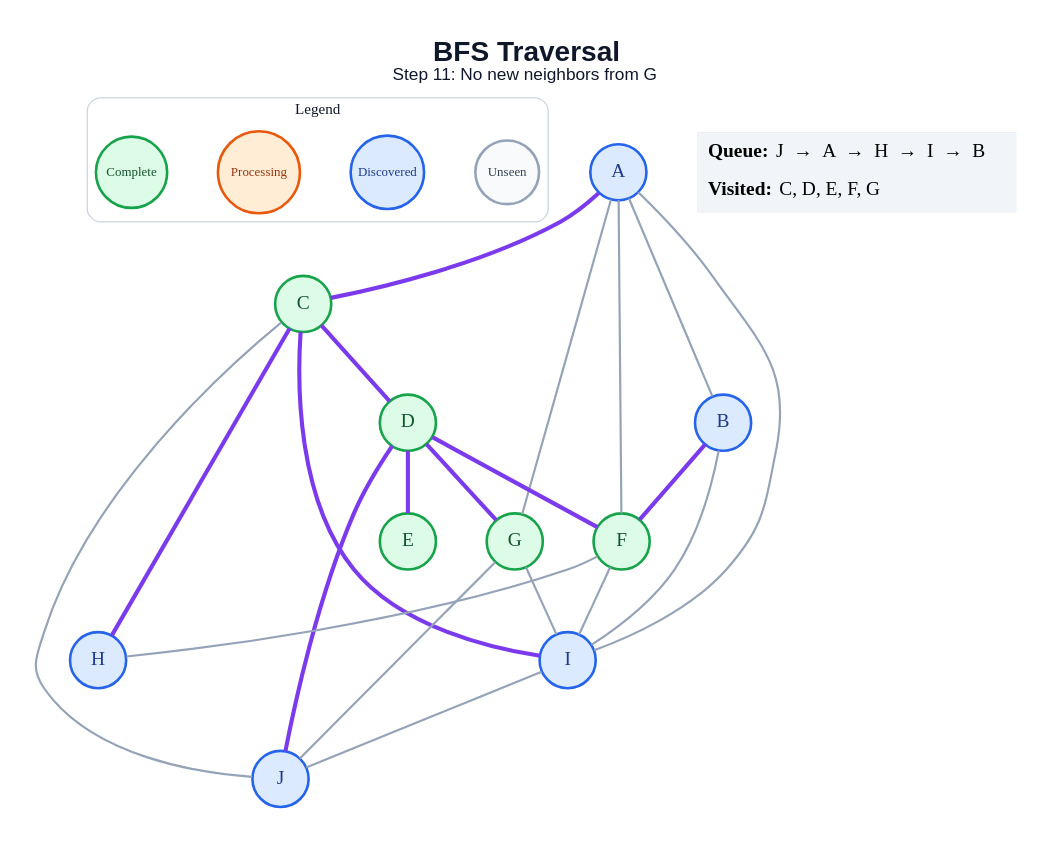
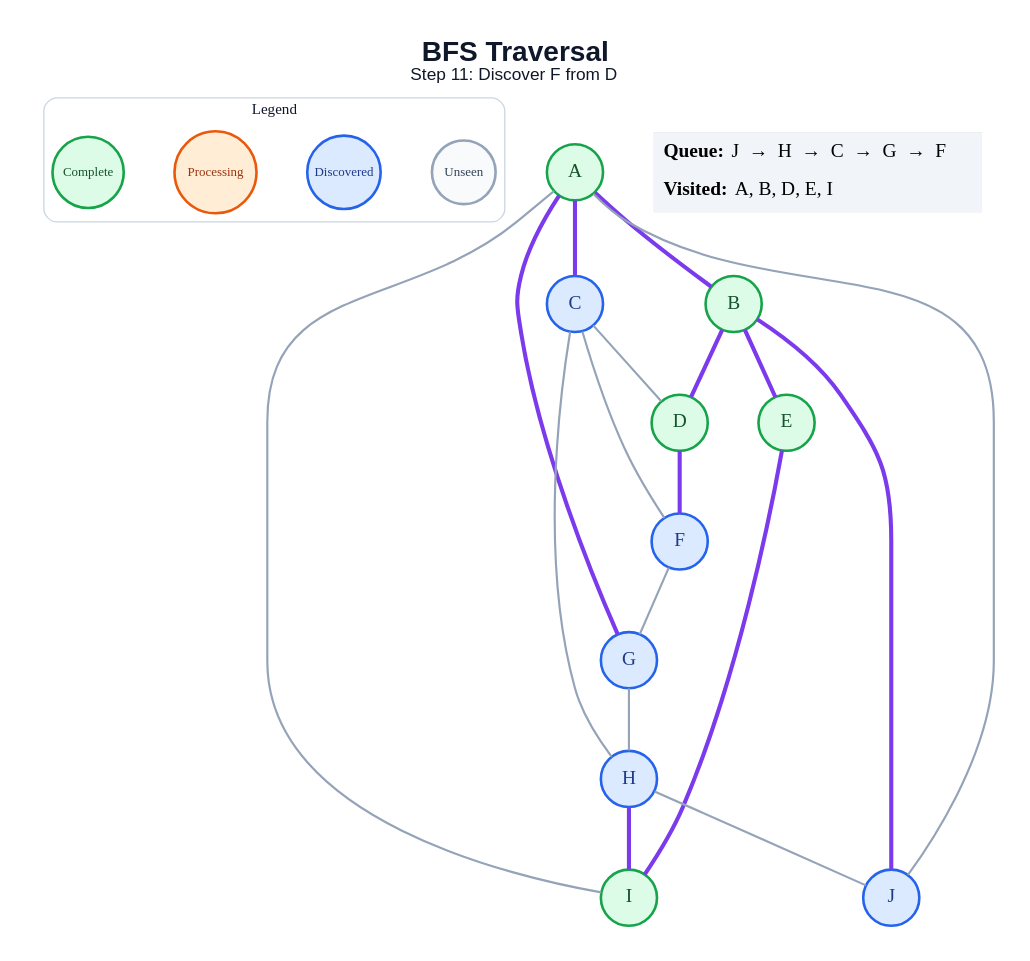
Before and after one commit to amanghodawala9/ai-slop: the diagram in generated/specific-node/bfs/step_11.dot, drawn with Graphviz. The commit also changed 178 other files, not shown here.

```diff
--- a/generated/specific-node/bfs/step_11.dot
+++ b/generated/specific-node/bfs/step_11.dot
@@ -1,49 +1,46 @@
 graph traversal {
   graph [layout=dot, rankdir=TB, bgcolor="#FFFFFF", pad="0.35", nodesep="0.65", ranksep="0.8", fontname="Arial"];
   node [shape=circle, style="filled", fontname="Arial Bold", fontsize=18, width=0.72, fixedsize=true, penwidth=2.4];
   edge [color="#94A3B8", penwidth=2.0];
-  label=<<B>BFS Traversal</B><BR/><FONT POINT-SIZE="16">Step 11: No new neighbors from G</FONT>>; labelloc="t"; fontsize=26; fontname="Arial"; fontcolor="#0F172A";
+  label=<<B>BFS Traversal</B><BR/><FONT POINT-SIZE="16">Step 11: Discover F from D</FONT>>; labelloc="t"; fontsize=26; fontname="Arial"; fontcolor="#0F172A";
   subgraph cluster_legend { label="Legend"; color="#CBD5E1"; penwidth=1.2; style="rounded"; fontsize=14; fontname="Arial Bold";
     key_unseen [label="Unseen", fillcolor="#F8FAFC", color="#94A3B8", fontcolor="#334155", fontsize=12, width=0.82];
     key_frontier [label="Discovered", fillcolor="#DBEAFE", color="#2563EB", fontcolor="#1E3A8A", fontsize=12, width=0.95];
     key_current [label="Processing", fillcolor="#FFEDD5", color="#EA580C", fontcolor="#9A3412", fontsize=12, width=1.05];
     key_done [label="Complete", fillcolor="#DCFCE7", color="#16A34A", fontcolor="#14532D", fontsize=12, width=0.92];
     { rank=same; key_unseen; key_frontier; key_current; key_done; }
   }
-  A [fillcolor="#DBEAFE", color="#2563EB", fontcolor="#1E3A8A"];
-  B [fillcolor="#DBEAFE", color="#2563EB", fontcolor="#1E3A8A"];
-  C [fillcolor="#DCFCE7", color="#16A34A", fontcolor="#14532D"];
+  A [fillcolor="#DCFCE7", color="#16A34A", fontcolor="#14532D"];
+  B [fillcolor="#DCFCE7", color="#16A34A", fontcolor="#14532D"];
+  C [fillcolor="#DBEAFE", color="#2563EB", fontcolor="#1E3A8A"];
   D [fillcolor="#DCFCE7", color="#16A34A", fontcolor="#14532D"];
   E [fillcolor="#DCFCE7", color="#16A34A", fontcolor="#14532D"];
-  F [fillcolor="#DCFCE7", color="#16A34A", fontcolor="#14532D"];
-  G [fillcolor="#DCFCE7", color="#16A34A", fontcolor="#14532D"];
+  F [fillcolor="#DBEAFE", color="#2563EB", fontcolor="#1E3A8A"];
+  G [fillcolor="#DBEAFE", color="#2563EB", fontcolor="#1E3A8A"];
   H [fillcolor="#DBEAFE", color="#2563EB", fontcolor="#1E3A8A"];
-  I [fillcolor="#DBEAFE", color="#2563EB", fontcolor="#1E3A8A"];
+  I [fillcolor="#DCFCE7", color="#16A34A", fontcolor="#14532D"];
   J [fillcolor="#DBEAFE", color="#2563EB", fontcolor="#1E3A8A"];
-  A -- B;
+  A -- B [color="#7C3AED", penwidth=3.8];
   A -- C [color="#7C3AED", penwidth=3.8];
-  A -- F;
-  A -- G;
+  A -- G [color="#7C3AED", penwidth=3.8];
   A -- I;
-  B -- F [color="#7C3AED", penwidth=3.8];
-  B -- I;
-  C -- D [color="#7C3AED", penwidth=3.8];
-  C -- H [color="#7C3AED", penwidth=3.8];
-  C -- I [color="#7C3AED", penwidth=3.8];
-  C -- J;
-  D -- E [color="#7C3AED", penwidth=3.8];
+  A -- J;
+  B -- D [color="#7C3AED", penwidth=3.8];
+  B -- E [color="#7C3AED", penwidth=3.8];
+  B -- J [color="#7C3AED", penwidth=3.8];
+  C -- D;
+  C -- F;
+  C -- H;
   D -- F [color="#7C3AED", penwidth=3.8];
-  D -- G [color="#7C3AED", penwidth=3.8];
-  D -- J [color="#7C3AED", penwidth=3.8];
-  F -- H;
-  F -- I;
-  G -- I;
-  G -- J;
-  I -- J;
+  E -- I [color="#7C3AED", penwidth=3.8];
+  F -- G;
+  G -- H;
+  H -- I [color="#7C3AED", penwidth=3.8];
+  H -- J;
   status [shape=plain, fixedsize=false, width=0, height=0, margin=0, label=<
     <TABLE BORDER="0" CELLBORDER="0" CELLPADDING="7" BGCOLOR="#F1F5F9">
-      <TR><TD ALIGN="LEFT"><B>Queue:</B> J  →  A  →  H  →  I  →  B</TD></TR>
-      <TR><TD ALIGN="LEFT"><B>Visited:</B> C, D, E, F, G</TD></TR>
+      <TR><TD ALIGN="LEFT"><B>Queue:</B> J  →  H  →  C  →  G  →  F</TD></TR>
+      <TR><TD ALIGN="LEFT"><B>Visited:</B> A, B, D, E, I</TD></TR>
     </TABLE>
   >];
 }
```
